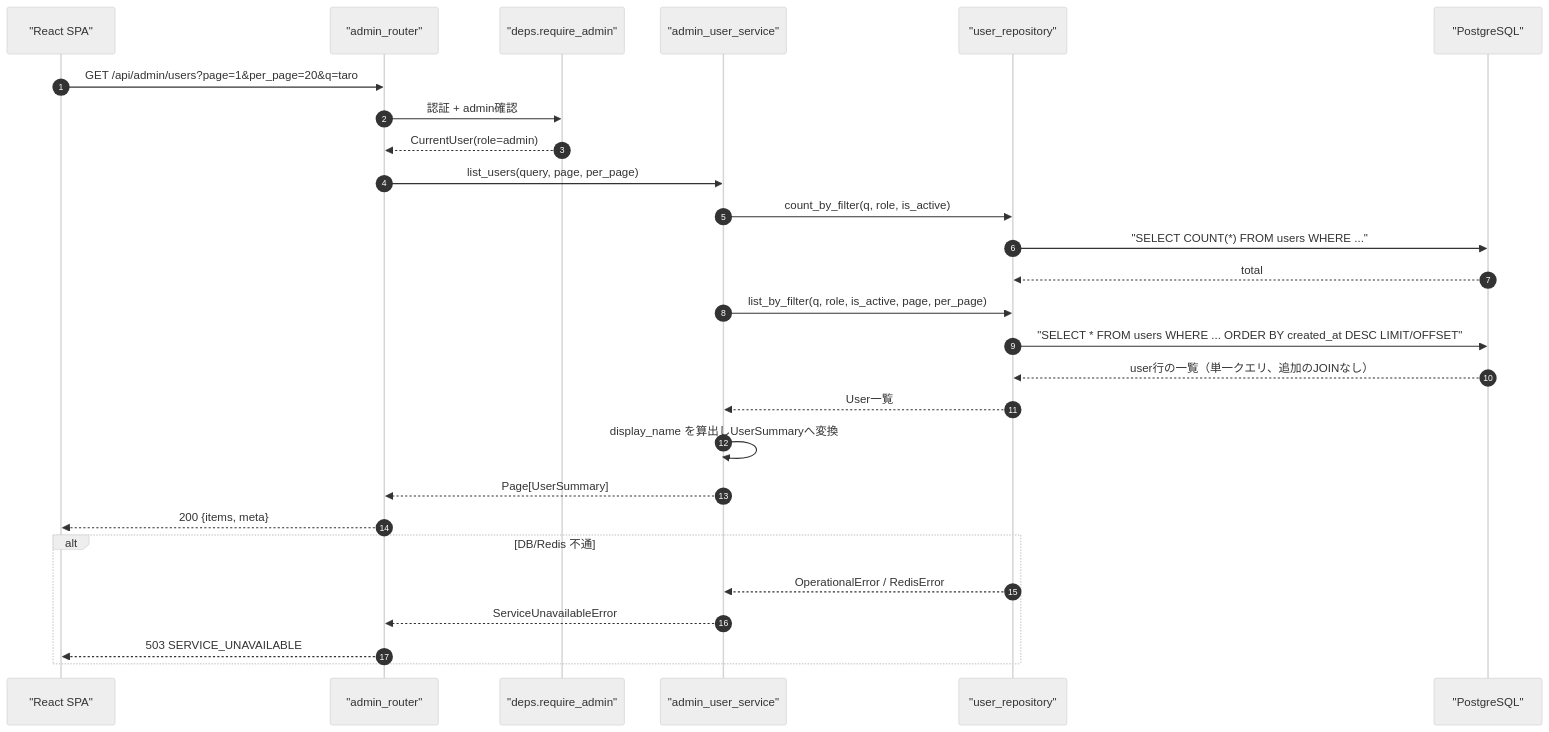
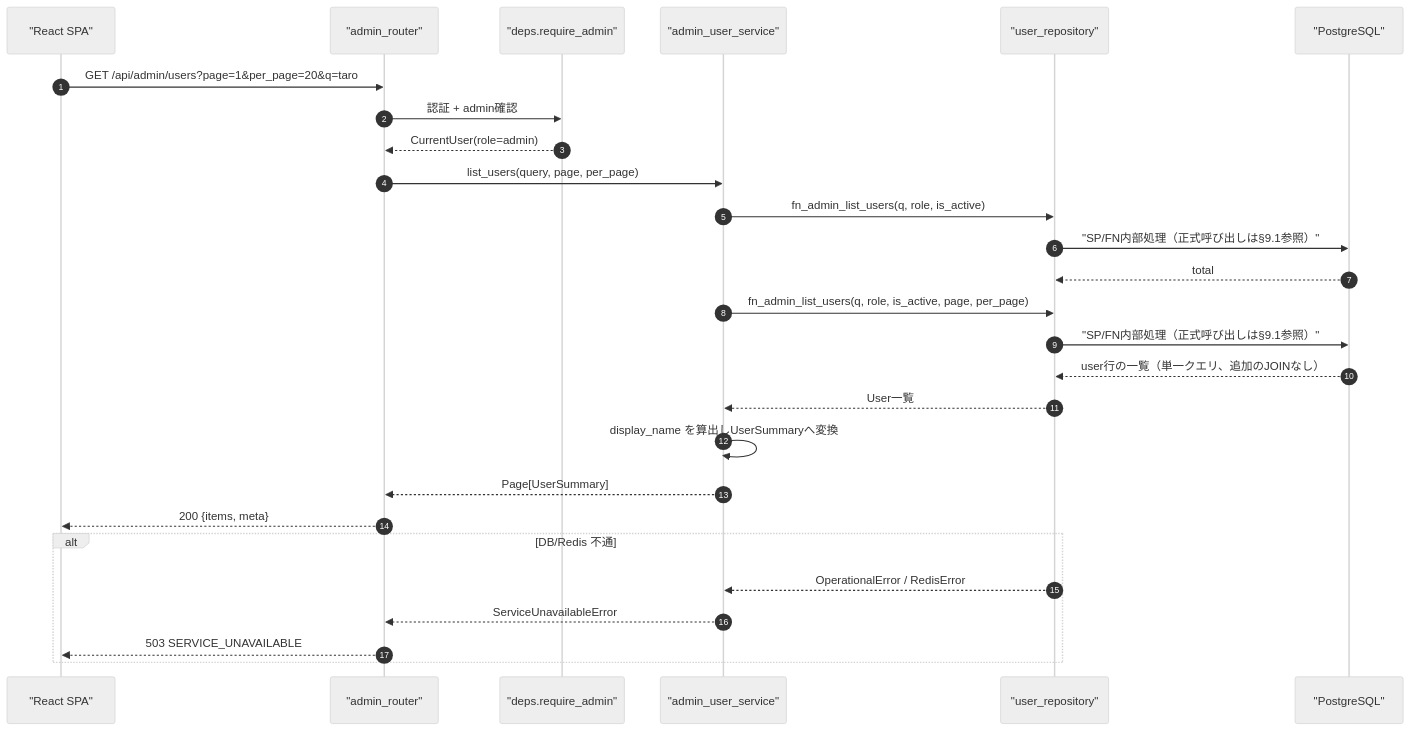
One commit to oikawa-d/task_management changed the first of 4 diagrams in detailed_design/api/admin/01_get_admin_users.md. Above: the diagram before and after it, drawn with Mermaid (neutral theme). The commit also changed other lines of this file and 58 other files, not shown here.

````diff
--- a/detailed_design/api/admin/01_get_admin_users.md
+++ b/detailed_design/api/admin/01_get_admin_users.md
@@ -97,30 +97,30 @@
 ```mermaid
 sequenceDiagram
     autonumber
     participant FE as "React SPA"
     participant R as "admin_router"
     participant D as "deps.require_admin"
     participant S as "admin_user_service"
     participant RP as "user_repository"
     participant PG as "PostgreSQL"
 
     FE->>R: GET /api/admin/users?page=1&per_page=20&q=taro
     R->>D: 認証 + admin確認
     D-->>R: CurrentUser(role=admin)
     R->>S: list_users(query, page, per_page)
-    S->>RP: count_by_filter(q, role, is_active)
-    RP->>PG: "SELECT COUNT(*) FROM users WHERE ..."
+    S->>RP: fn_admin_list_users(q, role, is_active)
+    RP->>PG: "SP/FN内部処理（正式呼び出しは§9.1参照）"
     PG-->>RP: total
-    S->>RP: list_by_filter(q, role, is_active, page, per_page)
-    RP->>PG: "SELECT * FROM users WHERE ... ORDER BY created_at DESC LIMIT/OFFSET"
+    S->>RP: fn_admin_list_users(q, role, is_active, page, per_page)
+    RP->>PG: "SP/FN内部処理（正式呼び出しは§9.1参照）"
     PG-->>RP: user行の一覧（単一クエリ、追加のJOINなし）
     RP-->>S: User一覧
     S->>S: display_name を算出しUserSummaryへ変換
     S-->>R: Page[UserSummary]
     R-->>FE: 200 {items, meta}
     alt DB/Redis 不通
         RP-->>S: OperationalError / RedisError
         S-->>R: ServiceUnavailableError
         R-->>FE: 503 SERVICE_UNAVAILABLE
     end
 ```
````
